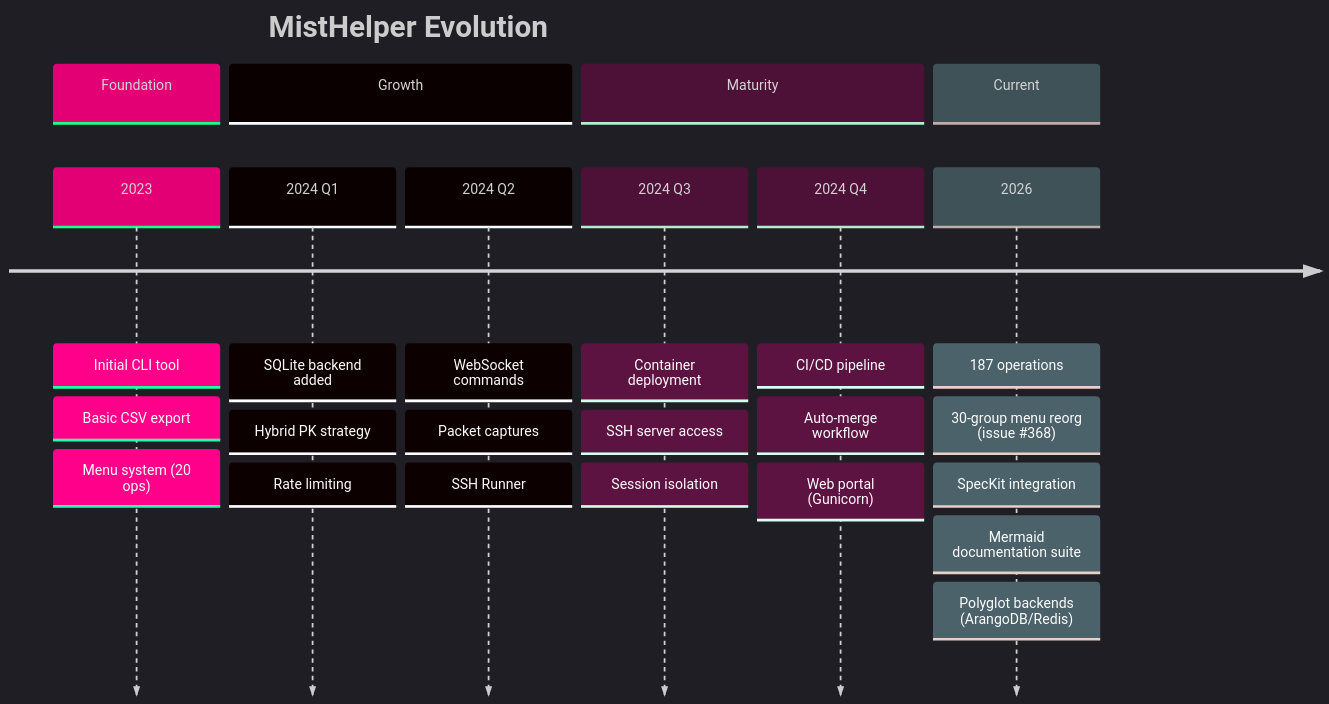
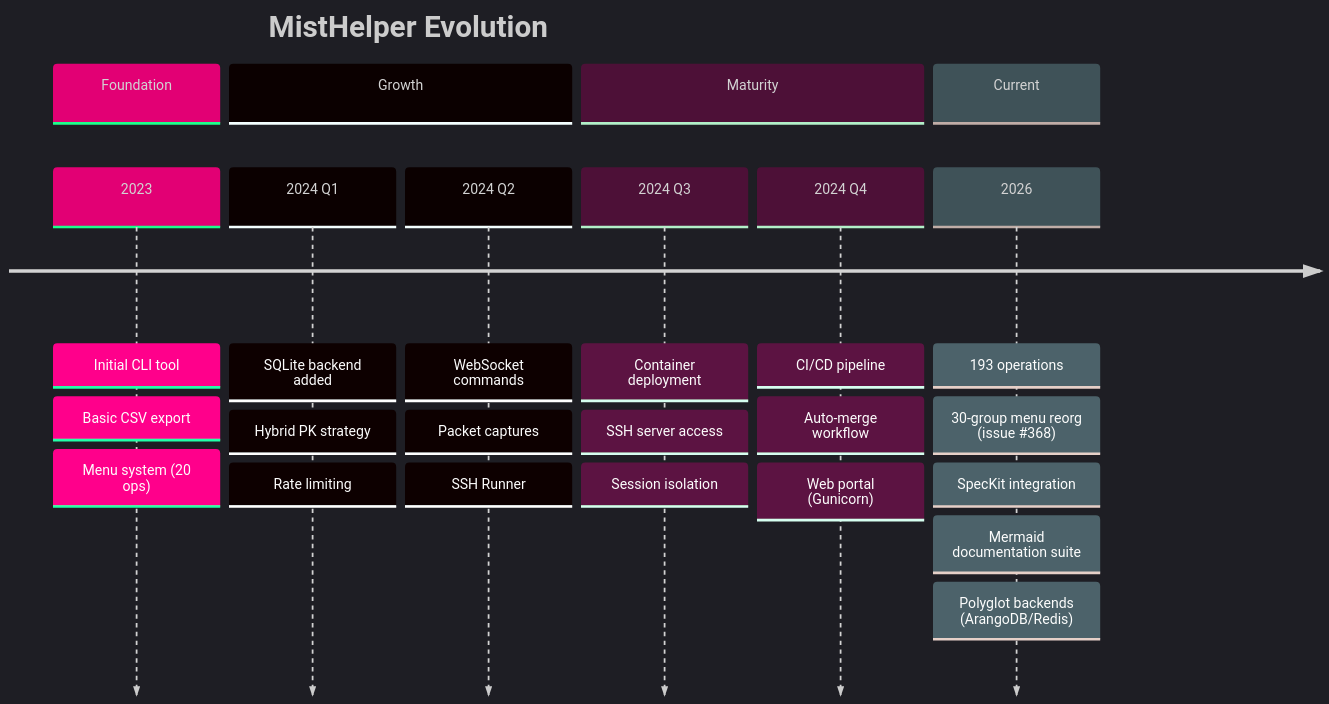
One commit to jmorrison-juniper/MistHelper changed the fifth of 5 diagrams in documentation/diagrams/operations/metrics-and-analytics.md. Above: the diagram before and after it, drawn with Mermaid. The commit also changed other lines of this file and 5 other files, not shown here.

````diff
--- a/documentation/diagrams/operations/metrics-and-analytics.md
+++ b/documentation/diagrams/operations/metrics-and-analytics.md
@@ -149,37 +149,37 @@
 ```mermaid
 %%{init: {'theme': 'dark', 'themeVariables': {
   'primaryColor': '#E20074',
   'primaryTextColor': '#E0E0E0',
   'primaryBorderColor': '#99004D',
   'lineColor': '#FF4DA6',
   'secondaryColor': '#16213E',
   'tertiaryColor': '#1A1A2E',
   'fontFamily': 'ui-monospace, monospace'
 }}}%%
 timeline
     title MistHelper Evolution
     section Foundation
         2023 : Initial CLI tool
              : Basic CSV export
              : Menu system (20 ops)
     section Growth
         2024 Q1 : SQLite backend added
                 : Hybrid PK strategy
                 : Rate limiting
         2024 Q2 : WebSocket commands
                 : Packet captures
                 : SSH Runner
     section Maturity
         2024 Q3 : Container deployment
                 : SSH server access
                 : Session isolation
         2024 Q4 : CI/CD pipeline
                 : Auto-merge workflow
                 : Web portal (Gunicorn)
     section Current
-        2026 : 187 operations
+        2026 : 193 operations
              : 30-group menu reorg (issue #368)
              : SpecKit integration
              : Mermaid documentation suite
              : Polyglot backends (ArangoDB/Redis)
 ```
````
